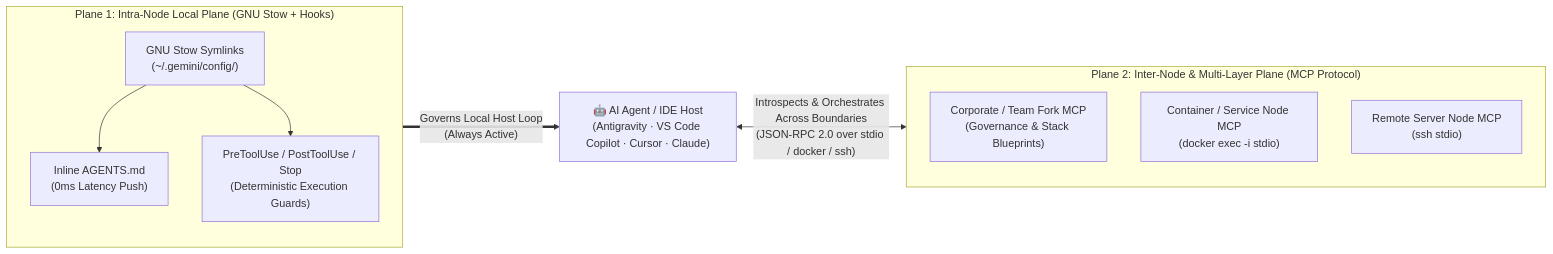
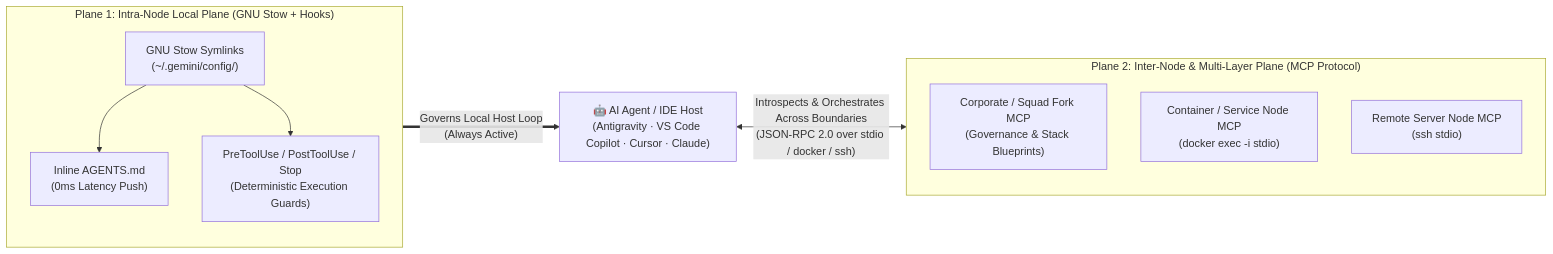
Before and after one commit to mtwuser/dotfiles-ubuntu: the first of 2 diagrams in docs/architecture/03_contextual_mcp_and_federation.md, drawn with Mermaid. The commit also changed other lines of this file and 33 other files, not shown here.

Commit message:
feat(layers): unify squad role and add 4-tier setup blueprints with kickoff prompts

````diff
--- a/docs/architecture/03_contextual_mcp_and_federation.md
+++ b/docs/architecture/03_contextual_mcp_and_federation.md
@@ -22,23 +22,23 @@
 ```mermaid
 flowchart LR
     subgraph LocalPlane["Plane 1: Intra-Node Local Plane (GNU Stow + Hooks)"]
         direction TB
         STOW["GNU Stow Symlinks\n(~/.gemini/config/)"]
         AGENTS["Inline AGENTS.md\n(0ms Latency Push)"]
         HOOKS["PreToolUse / PostToolUse / Stop\n(Deterministic Execution Guards)"]
         STOW --> AGENTS
         STOW --> HOOKS
     end
 
     subgraph DistributedPlane["Plane 2: Inter-Node & Multi-Layer Plane (MCP Protocol)"]
         direction TB
-        MCP_CORP["Corporate / Team Fork MCP\n(Governance & Stack Blueprints)"]
+        MCP_CORP["Corporate / Squad Fork MCP\n(Governance & Stack Blueprints)"]
         MCP_CONT["Container / Service Node MCP\n(docker exec -i stdio)"]
         MCP_SSH["Remote Server Node MCP\n(ssh stdio)"]
     end
 
     IDE["🤖 AI Agent / IDE Host\n(Antigravity · VS Code Copilot · Cursor · Claude)"]
 
     LocalPlane ==>|"Governs Local Host Loop\n(Always Active)"| IDE
     IDE <-->|"Introspects & Orchestrates Across Boundaries\n(JSON-RPC 2.0 over stdio / docker / ssh)"| DistributedPlane
 ```
````
